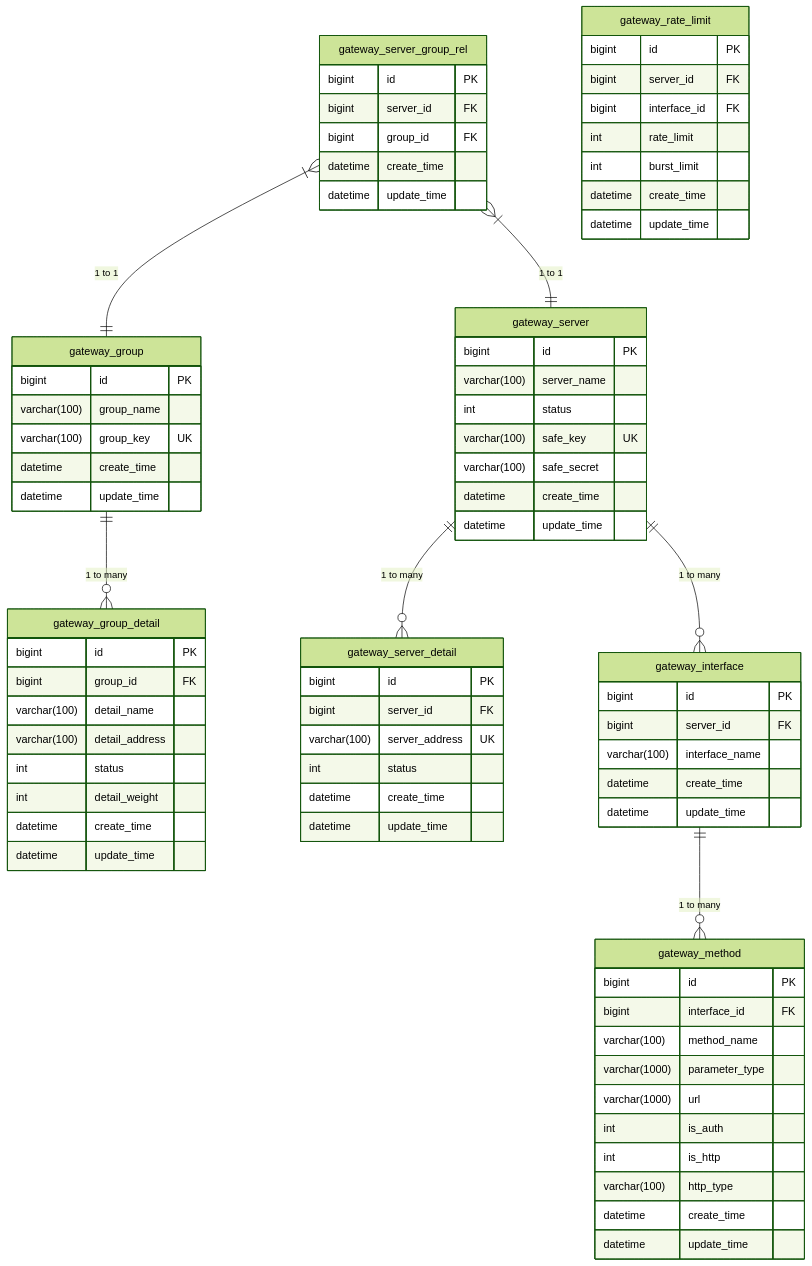
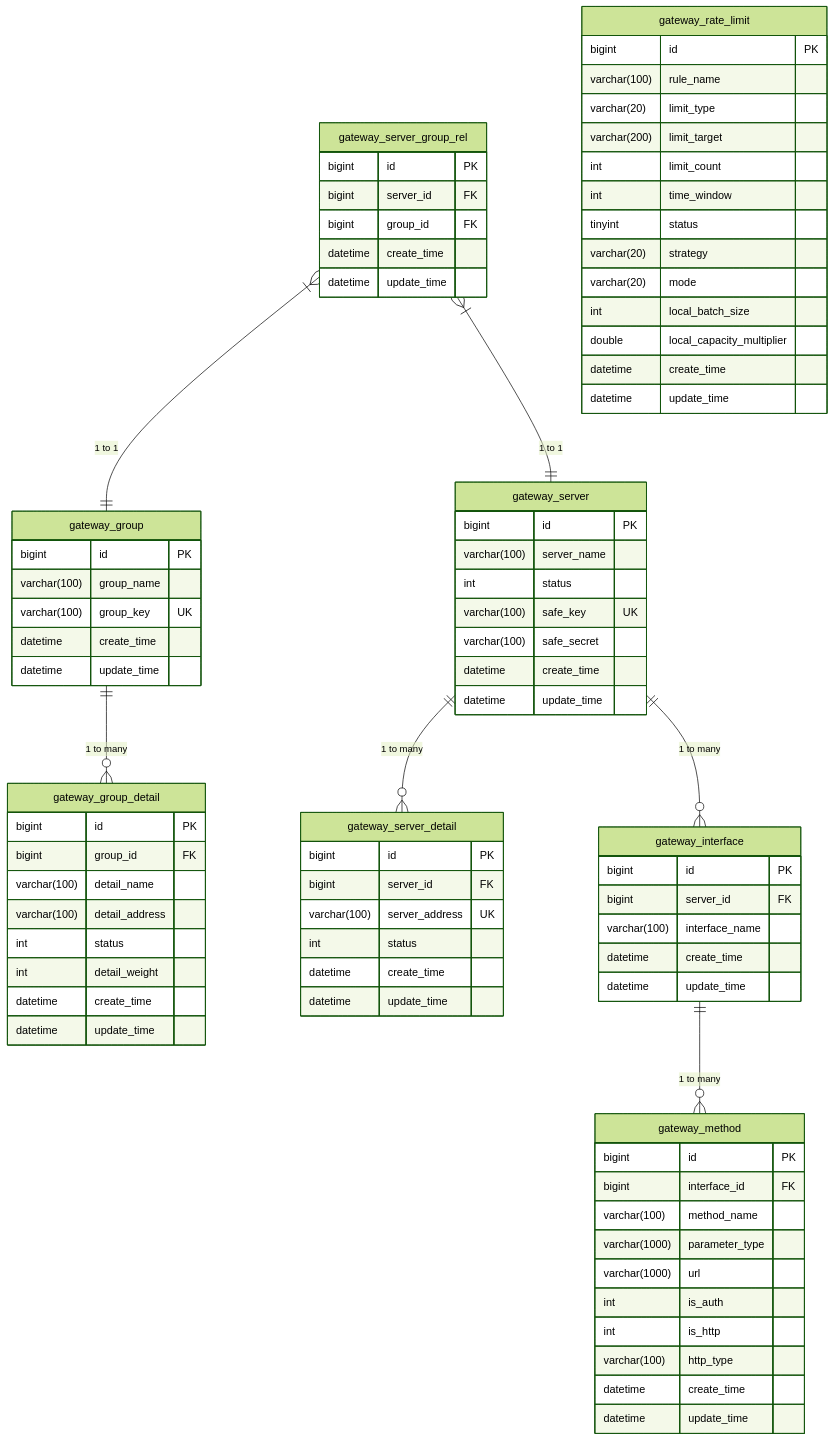
One commit to 1973034392/codelong-blog changed the diagram in src/projects/gateway/数据库设计/新版/表关系图.md. Above: the diagram before and after it, drawn with Mermaid (forest theme).

Commit message:
文档提交

```diff
--- a/src/projects/gateway/数据库设计/新版/表关系图.md
+++ b/src/projects/gateway/数据库设计/新版/表关系图.md
@@ -76,10 +76,16 @@
 
     gateway_rate_limit {
         bigint id PK
-        bigint server_id FK
-        bigint interface_id FK
-        int rate_limit
-        int burst_limit
+        varchar(100) rule_name
+        varchar(20) limit_type
+        varchar(200) limit_target
+        int limit_count
+        int time_window
+        tinyint status
+        varchar(20) strategy
+        varchar(20) mode
+        int local_batch_size
+        double local_capacity_multiplier
         datetime create_time
         datetime update_time
     }
```
